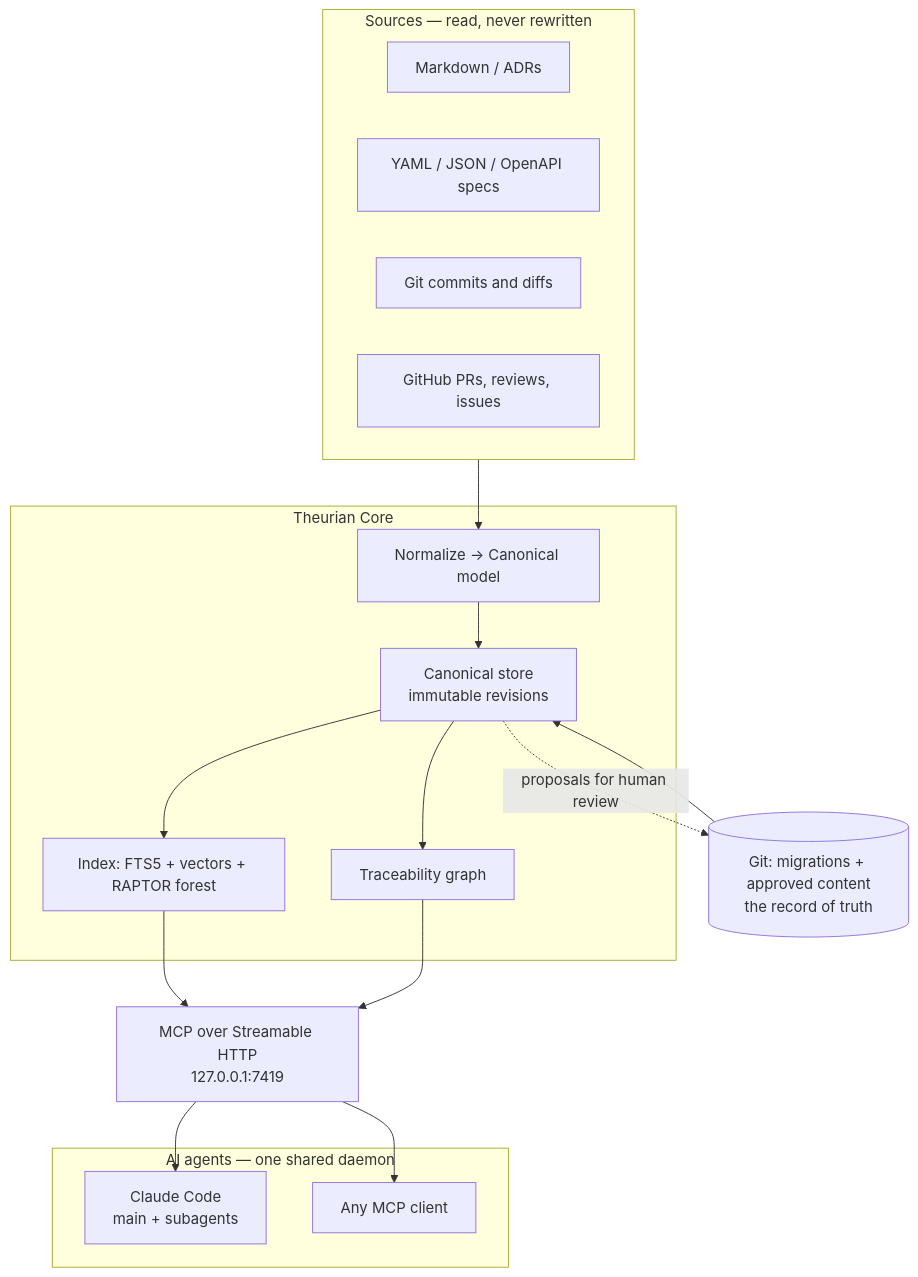
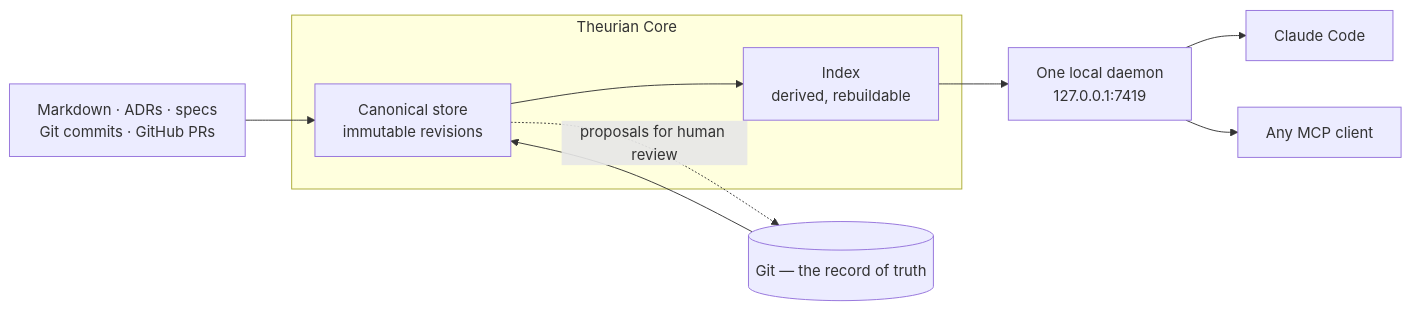
One commit to theurian/theurian changed the diagram in README.md. Above: the diagram before and after it, drawn with Mermaid. The commit also changed other lines of this file, not shown here.

````diff
--- a/README.md
+++ b/README.md
@@ -66,32 +221,20 @@
 ```mermaid
-flowchart TB
-    subgraph Sources["Sources — read, never rewritten"]
-        MD["Markdown / ADRs"]
-        SPEC["YAML / JSON / OpenAPI specs"]
-        GIT["Git commits and diffs"]
-        GH["GitHub PRs, reviews, issues"]
+flowchart LR
+    SRC["Markdown · ADRs · specs<br/>Git commits · GitHub PRs"]
+    GIT[("Git — the record of truth")]
+    subgraph CORE["Theurian Core"]
+        STORE["Canonical store<br/>immutable revisions"]
+        IDX["Index<br/>derived, rebuildable"]
+        STORE --> IDX
     end
+    MCP["One local daemon<br/>127.0.0.1:7419"]
+    CC["Claude Code"]
+    ANY["Any MCP client"]
 
-    subgraph Core["Theurian Core"]
-        NORM["Normalize → Canonical model"]
-        STORE["Canonical store<br/>immutable revisions"]
-        INDEX["Index: FTS5 + vectors + RAPTOR forest"]
-        TRACE["Traceability graph"]
-    end
-
-    subgraph Agents["AI agents — one shared daemon"]
-        CC["Claude Code<br/>main + subagents"]
-        OTHER["Any MCP client"]
-    end
-
-    Sources --> NORM --> STORE
-    STORE --> INDEX
-    STORE --> TRACE
-    INDEX --> MCP["MCP over Streamable HTTP<br/>127.0.0.1:7419"]
-    TRACE --> MCP
+    SRC --> STORE
+    GIT --> STORE
+    STORE -.->|proposals for human review| GIT
+    IDX --> MCP
     MCP --> CC
-    MCP --> OTHER
-
-    GITREPO[("Git: migrations + approved content<br/>the record of truth")] --> STORE
-    STORE -.->|proposals for human review| GITREPO
+    MCP --> ANY
 ```
````
